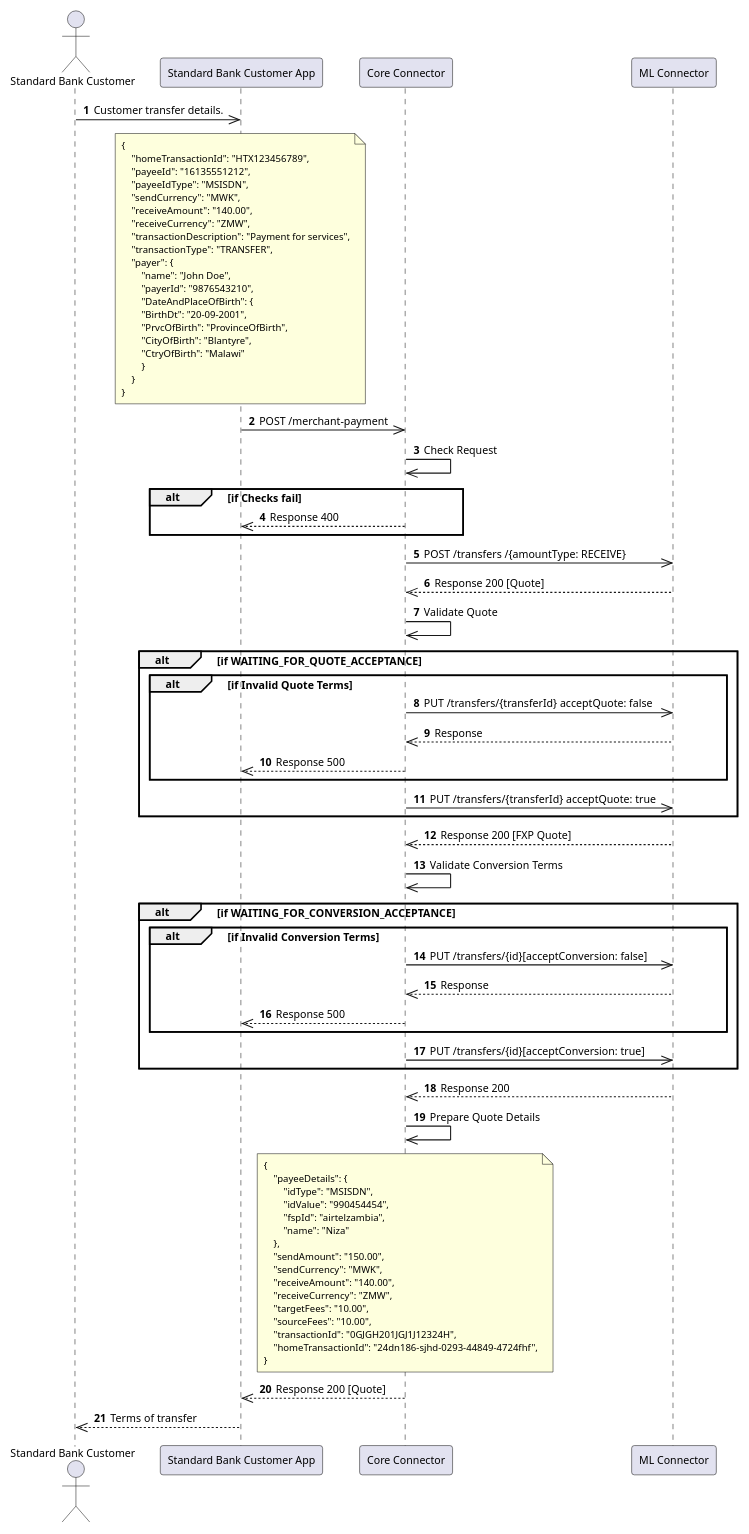
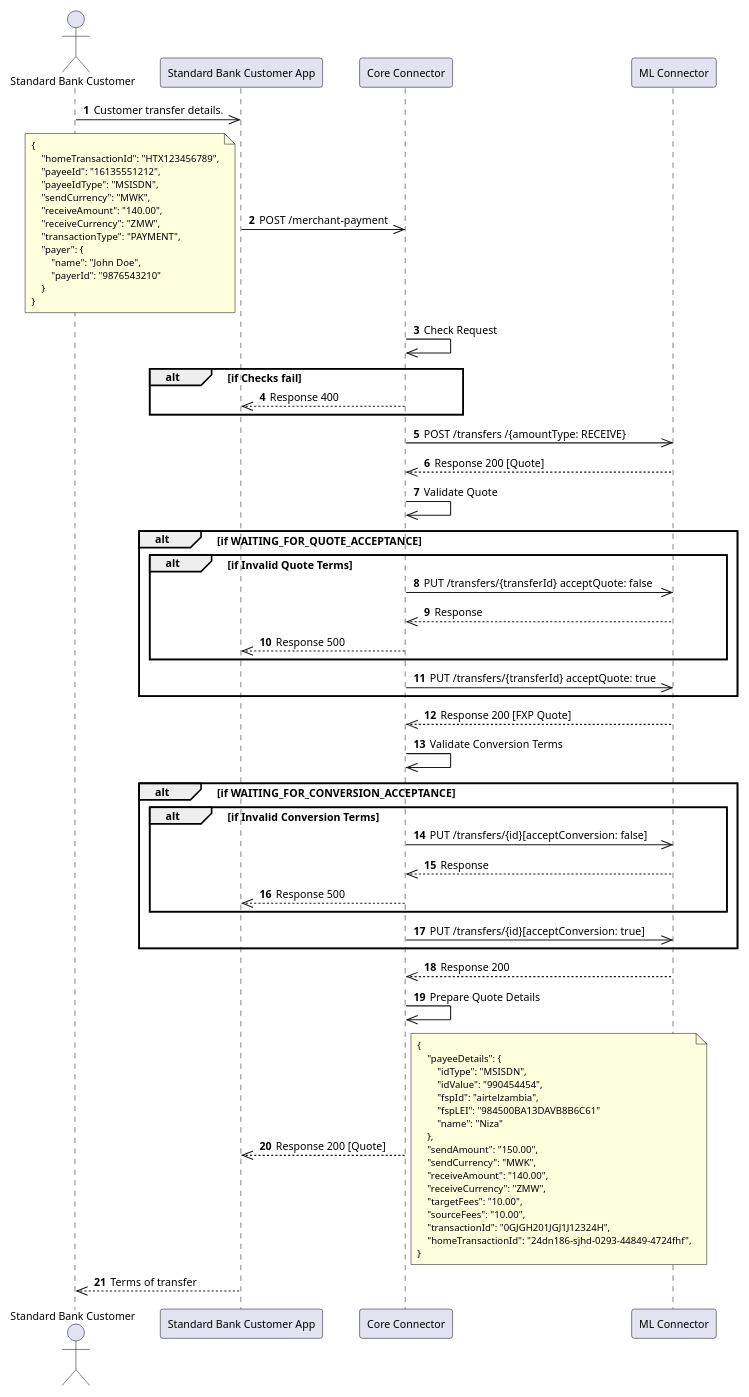
The diagram in standard-bank-mw-core-connector/docs/payer/payer-merchant-initiate-transfer.puml (mojaloop/ml-reference-connectors), drawn with PlantUML before and after one commit. The commit also changed 16 other files, not shown here.

Commit message:
fix: Resolved redesigned sequences diagrams and resolved  inconsistencies between Standard Bank API and payloads in sequence diagrams

```diff
--- a/standard-bank-mw-core-connector/docs/payer/payer-merchant-initiate-transfer.puml
+++ b/standard-bank-mw-core-connector/docs/payer/payer-merchant-initiate-transfer.puml
@@ -1,106 +1,98 @@
 @startuml name="initiate-transfer"
 
 skinparam defaultFontSize 10
 skinparam NoteFontSize 9
 skinparam NoteFontName "Courier New"  ' Monospace font
 skinparam wrapWidth 50                ' Set the width of the note
 
 autonumber
 
 actor "Standard Bank Customer" as Customer
 participant "Standard Bank Customer App" as App
 participant "Core Connector" as Core
 participant "ML Connector" as ML
 
 Customer ->> App: Customer transfer details.
 
-
-note over App
+App ->> Core: POST /merchant-payment
+note left
 {
     "homeTransactionId": "HTX123456789",
     "payeeId": "16135551212",
     "payeeIdType": "MSISDN",
     "sendCurrency": "MWK",
     "receiveAmount": "140.00",
     "receiveCurrency": "ZMW",
-    "transactionDescription": "Payment for services",
-    "transactionType": "TRANSFER",
+    "transactionType": "PAYMENT",
     "payer": {
         "name": "John Doe",
-        "payerId": "9876543210",
-        "DateAndPlaceOfBirth": {
-        "BirthDt": "20-09-2001",
-        "PrvcOfBirth": "ProvinceOfBirth",
-        "CityOfBirth": "Blantyre",
-        "CtryOfBirth": "Malawi"
-        }
+        "payerId": "9876543210"
     }
 }
 end note
-App ->> Core: POST /merchant-payment
-
 
 Core ->> Core: Check Request
 
 alt if Checks fail
     Core -->> App: Response 400
 end
 
 
 
 Core ->> ML: POST /transfers /{amountType: RECEIVE} 
 ML -->> Core: Response 200 [Quote]
 Core ->> Core: Validate Quote
 
 alt if WAITING_FOR_QUOTE_ACCEPTANCE
 
     alt if Invalid Quote Terms
         Core ->> ML: PUT /transfers/{transferId} acceptQuote: false
         ML -->> Core: Response 
         Core -->> App: Response 500
     end
 
     Core ->> ML: PUT /transfers/{transferId} acceptQuote: true
 end
 
 
 ML -->> Core: Response 200 [FXP Quote]
 Core ->> Core: Validate Conversion Terms
 
 
 alt if WAITING_FOR_CONVERSION_ACCEPTANCE
     alt if Invalid Conversion Terms
         Core ->> ML: PUT /transfers/{id}[acceptConversion: false]
         ML -->> Core: Response 
         Core -->> App: Response 500
     end
 
     Core ->> ML: PUT /transfers/{id}[acceptConversion: true]
 end
 
 ML -->> Core: Response 200
 Core ->> Core: Prepare Quote Details
 
-note over Core
+Core -->> App: Response 200 [Quote]
+note right
 {
     "payeeDetails": {
         "idType": "MSISDN",
         "idValue": "990454454",
         "fspId": "airtelzambia",
+        "fspLEI": "984500BA13DAVB8B6C61"
         "name": "Niza"
     },
     "sendAmount": "150.00",
     "sendCurrency": "MWK",
     "receiveAmount": "140.00",
     "receiveCurrency": "ZMW",
     "targetFees": "10.00",
     "sourceFees": "10.00",
     "transactionId": "0GJGH201JGJ1J12324H",
     "homeTransactionId": "24dn186-sjhd-0293-44849-4724fhf",
 }
 end note
-Core -->> App: Response 200 [Quote]
 
 App -->> Customer: Terms of transfer
 
 @enduml
```
